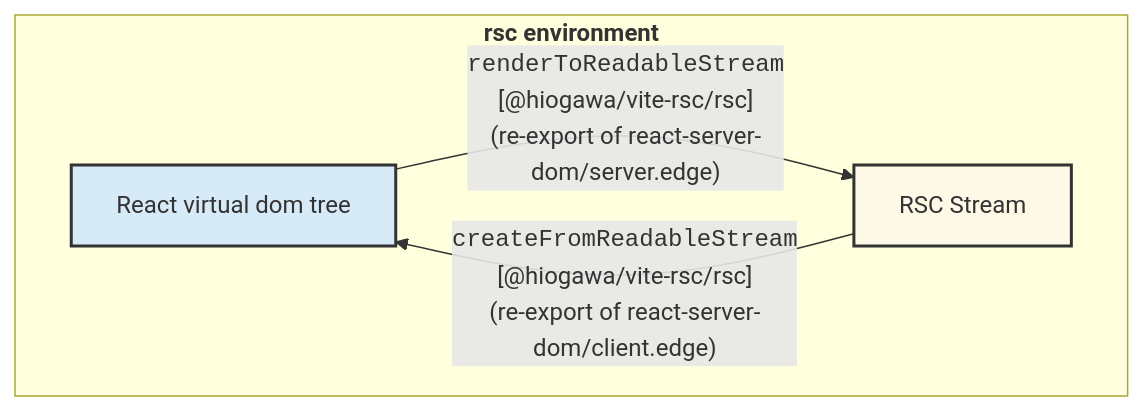
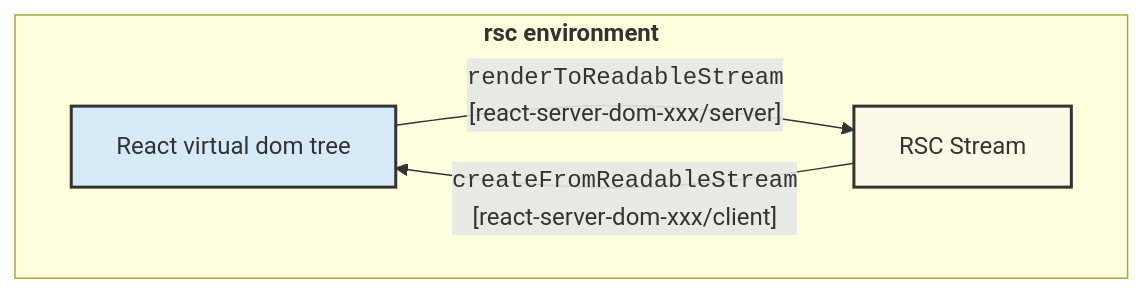
The third of 3 diagrams in 2026-02-28-react-tokyo-fes/notes/diagrams.md (hi-ogawa/talks), drawn with Mermaid before and after one commit. The commit also changed other lines of this file and 2 other files, not shown here.

````diff
--- a/2026-02-28-react-tokyo-fes/notes/diagrams.md
+++ b/2026-02-28-react-tokyo-fes/notes/diagrams.md
@@ -69,16 +69,16 @@
 ```mermaid
 graph TD
 
     subgraph "<strong>rsc environment</strong>"
         A["React virtual dom tree"] -->
-        |"<code>renderToReadableStream</code><br/>[@hiogawa/vite-rsc/rsc]<br />(re-export of react-server-dom/server.edge)<br />"
+        |"<code>renderToReadableStream</code><br/>[react-server-dom-xxx/server]"
         | B1["RSC Stream"];
 
         B1["RSC Stream"] -->
-        |"<code>createFromReadableStream</code><br/>[@hiogawa/vite-rsc/rsc]<br />(re-export of react-server-dom/client.edge)<br />"
+        |"<code>createFromReadableStream</code><br/>[react-server-dom-xxx/client]"
         | A["React virtual dom tree"];
     end
 
     style A fill:#D6EAF8,stroke:#333,stroke-width:2px
     style B1 fill:#FEF9E7,stroke:#333,stroke-width:2px
 ```
````
